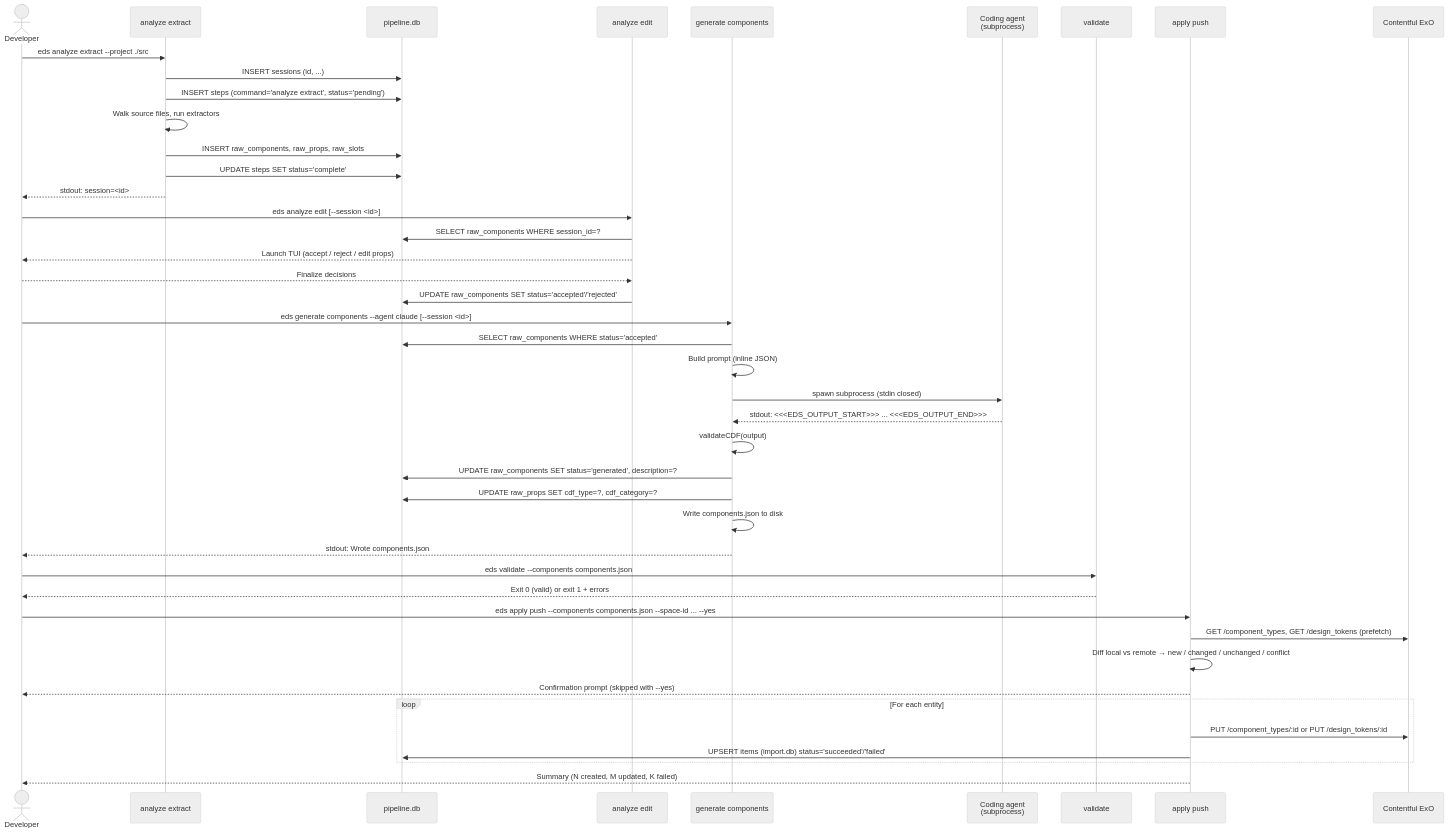
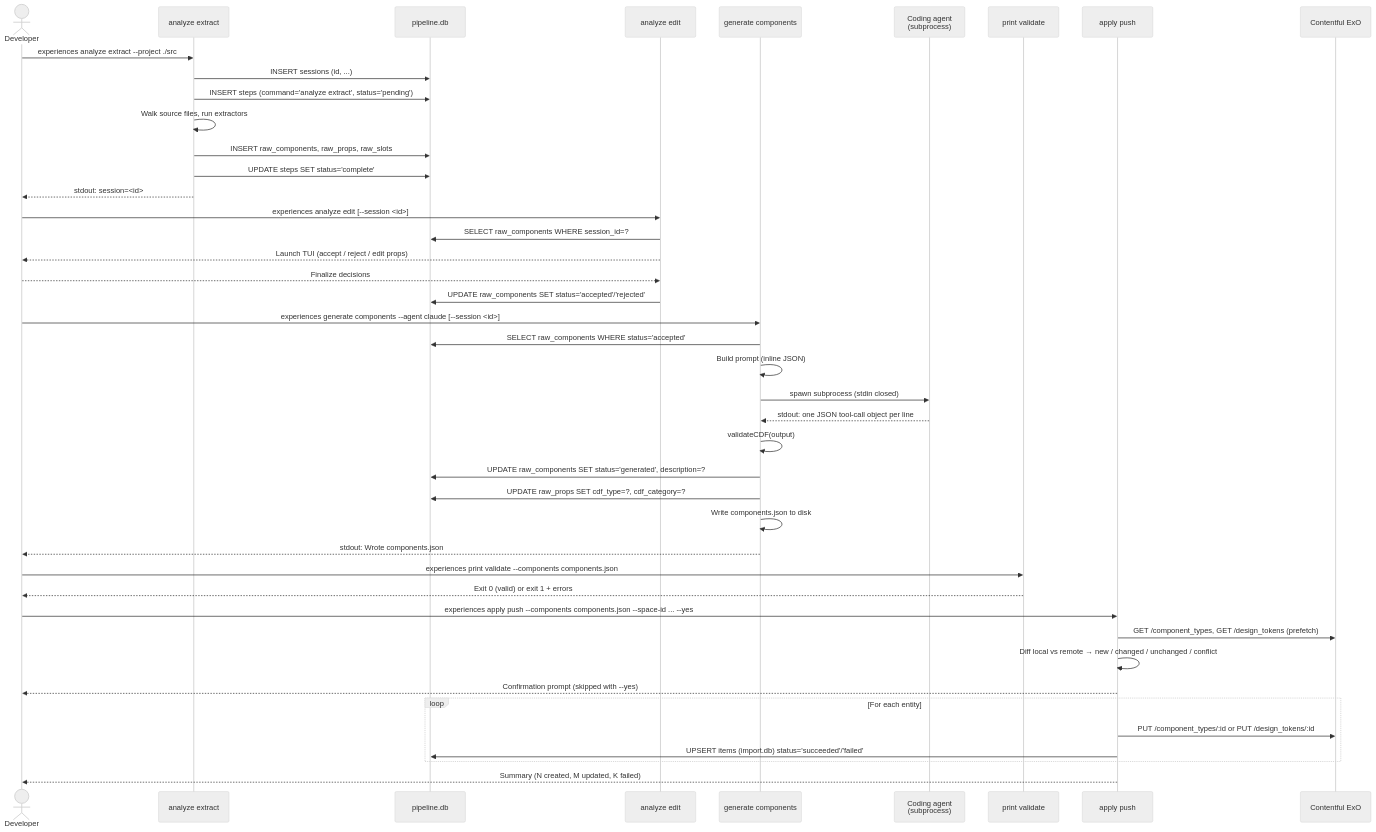
One commit to contentful/experience-design-system-sdk-public changed the third of 4 diagrams in ARCHITECTURE.md. Above: the diagram before and after it, drawn with Mermaid (neutral theme). The commit also changed other lines of this file and 6 other files, not shown here.

First line of the commit message:
docs: add decision records and fix stale repo/architecture docs

````diff
--- a/ARCHITECTURE.md
+++ b/ARCHITECTURE.md
@@ -280,50 +292,50 @@
 ```mermaid
 sequenceDiagram
     actor Dev as Developer
     participant AE as analyze extract
     participant DB as pipeline.db
     participant AnEdit as analyze edit
     participant GC as generate components
     participant Agent as Coding agent<br/>(subprocess)
-    participant Val as validate
+    participant Val as print validate
     participant AP as apply push
     participant CMS as Contentful ExO
 
-    Dev->>AE: eds analyze extract --project ./src
+    Dev->>AE: experiences analyze extract --project ./src
     AE->>DB: INSERT sessions (id, ...)
     AE->>DB: INSERT steps (command='analyze extract', status='pending')
     AE->>AE: Walk source files, run extractors
     AE->>DB: INSERT raw_components, raw_props, raw_slots
     AE->>DB: UPDATE steps SET status='complete'
     AE-->>Dev: stdout: session=<id>
 
-    Dev->>AnEdit: eds analyze edit [--session <id>]
+    Dev->>AnEdit: experiences analyze edit [--session <id>]
     AnEdit->>DB: SELECT raw_components WHERE session_id=?
     AnEdit-->>Dev: Launch TUI (accept / reject / edit props)
     Dev-->>AnEdit: Finalize decisions
     AnEdit->>DB: UPDATE raw_components SET status='accepted'/'rejected'
 
-    Dev->>GC: eds generate components --agent claude [--session <id>]
+    Dev->>GC: experiences generate components --agent claude [--session <id>]
     GC->>DB: SELECT raw_components WHERE status='accepted'
     GC->>GC: Build prompt (inline JSON)
     GC->>Agent: spawn subprocess (stdin closed)
-    Agent-->>GC: stdout: <<<EDS_OUTPUT_START>>> ... <<<EDS_OUTPUT_END>>>
+    Agent-->>GC: stdout: one JSON tool-call object per line
     GC->>GC: validateCDF(output)
     GC->>DB: UPDATE raw_components SET status='generated', description=?
     GC->>DB: UPDATE raw_props SET cdf_type=?, cdf_category=?
     GC->>GC: Write components.json to disk
     GC-->>Dev: stdout: Wrote components.json
 
-    Dev->>Val: eds validate --components components.json
+    Dev->>Val: experiences print validate --components components.json
     Val-->>Dev: Exit 0 (valid) or exit 1 + errors
 
-    Dev->>AP: eds apply push --components components.json --space-id ... --yes
+    Dev->>AP: experiences apply push --components components.json --space-id ... --yes
     AP->>CMS: GET /component_types, GET /design_tokens (prefetch)
     AP->>AP: Diff local vs remote → new / changed / unchanged / conflict
     AP-->>Dev: Confirmation prompt (skipped with --yes)
     loop For each entity
         AP->>CMS: PUT /component_types/:id or PUT /design_tokens/:id
         AP->>DB: UPSERT items (import.db) status='succeeded'/'failed'
     end
     AP-->>Dev: Summary (N created, M updated, K failed)
 ```
````
